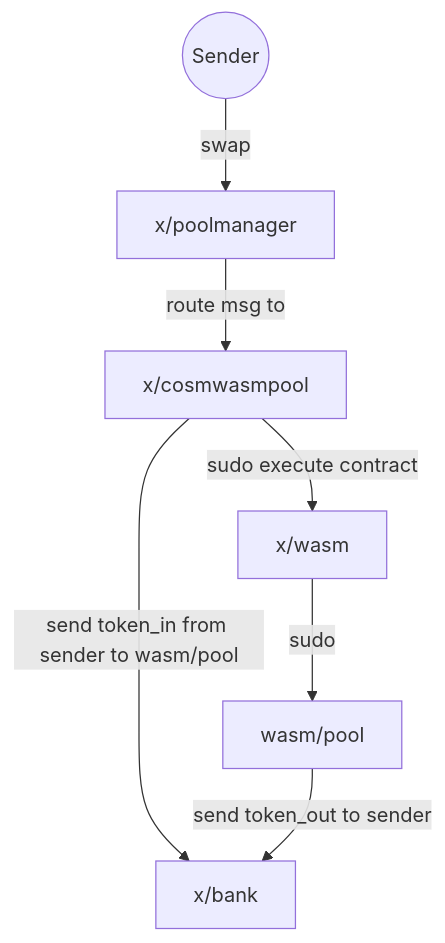
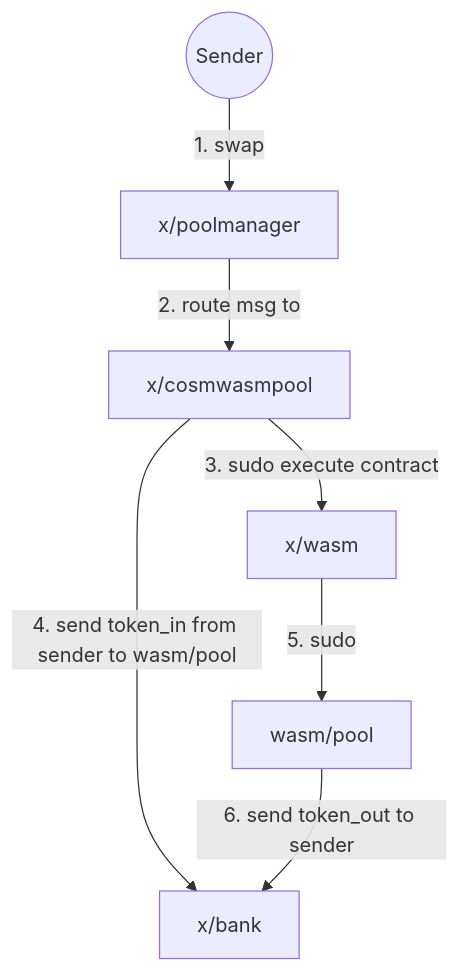
The third of 4 diagrams in x/cosmwasmpool/README.md (osmosis-labs/osmosis), drawn with Mermaid before and after one commit. The commit also changed other lines of this file, not shown here.

````diff
--- a/x/cosmwasmpool/README.md
+++ b/x/cosmwasmpool/README.md
@@ -95,11 +125,11 @@
 ```mermaid
 graph TD;
   Sender((Sender))
-  Sender -- swap --> x/poolmanager
-  x/poolmanager -- route msg to --> x/cosmwasmpool
-  x/cosmwasmpool -- sudo execute contract --> x/wasm
-  x/wasm -- sudo --> wasm/pool
+  Sender -- 1. swap --> x/poolmanager
+  x/poolmanager -- 2. route msg to --> x/cosmwasmpool
+  x/cosmwasmpool -- 3. sudo execute contract --> x/wasm
 
-  x/cosmwasmpool -- send token_in from sender to wasm/pool --> x/bank
-  wasm/pool -- send token_out to sender --> x/bank
+  x/cosmwasmpool -- 4. send token_in from sender to wasm/pool --> x/bank
+  x/wasm -- 5. sudo --> wasm/pool
+  wasm/pool -- 6. send token_out to sender --> x/bank
 ```
````
